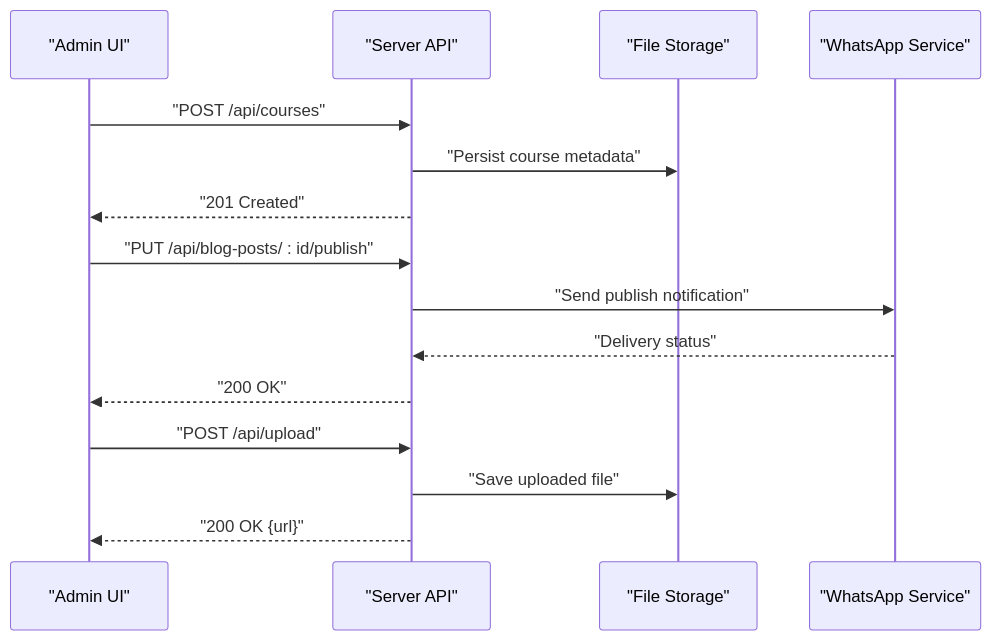
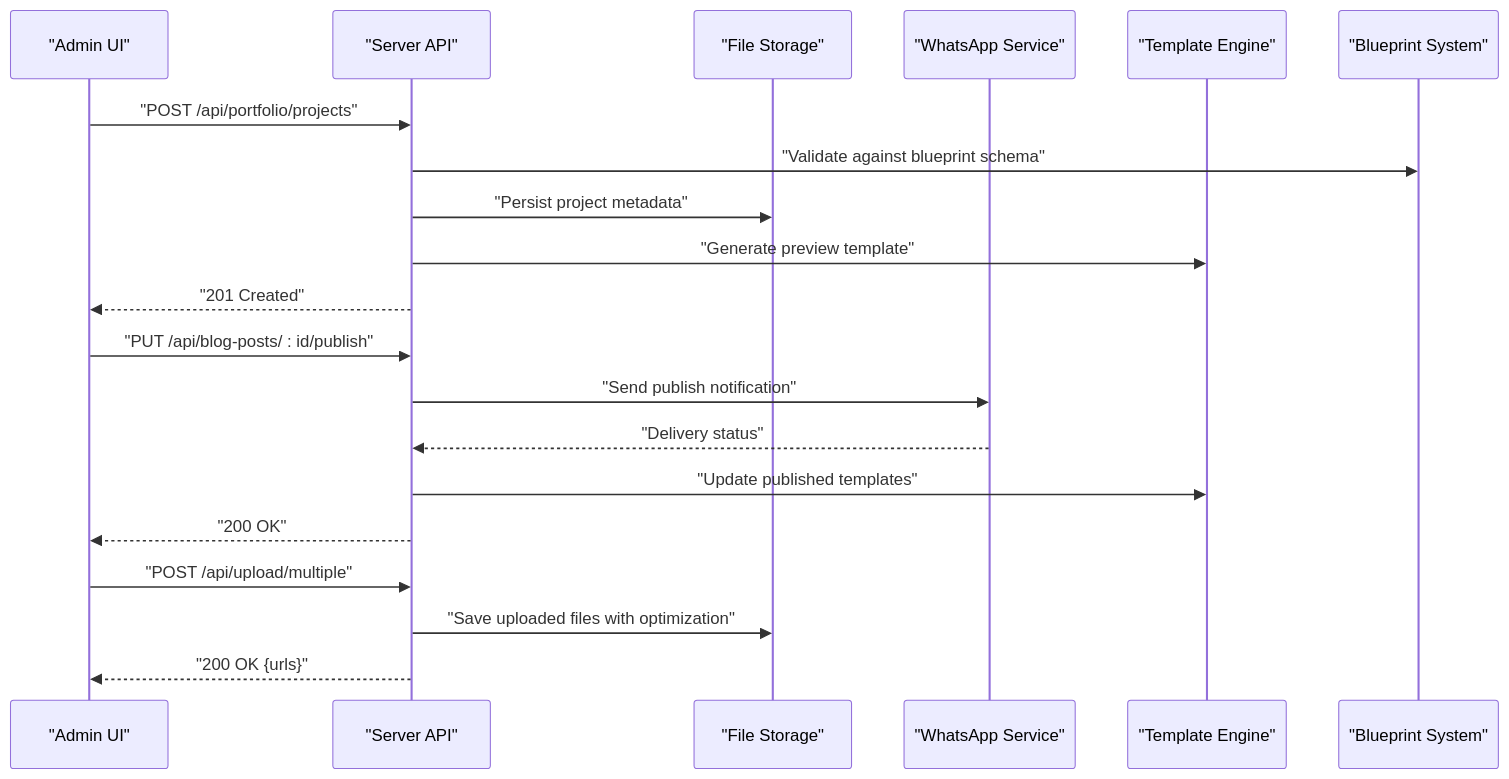
One commit to Dunstun2/GeniusMind-Home-Schooling changed the second of 3 diagrams in .qoder/repowiki/en/content/Administrative Interface/Content Management Features.md. Above: the diagram before and after it, drawn with Mermaid. The commit also changed other lines of this file and 42 other files, not shown here.

````diff
--- a/.qoder/repowiki/en/content/Administrative Interface/Content Management Features.md
+++ b/.qoder/repowiki/en/content/Administrative Interface/Content Management Features.md
@@ -118,17 +150,22 @@
 ```mermaid
 sequenceDiagram
 participant AdminUI as "Admin UI"
 participant Server as "Server API"
 participant Storage as "File Storage"
 participant Notify as "WhatsApp Service"
-AdminUI->>Server : "POST /api/courses"
-Server->>Storage : "Persist course metadata"
+participant Templates as "Template Engine"
+participant Blueprint as "Blueprint System"
+AdminUI->>Server : "POST /api/portfolio/projects"
+Server->>Blueprint : "Validate against blueprint schema"
+Server->>Storage : "Persist project metadata"
+Server->>Templates : "Generate preview template"
 Server-->>AdminUI : "201 Created"
 AdminUI->>Server : "PUT /api/blog-posts/ : id/publish"
 Server->>Notify : "Send publish notification"
 Notify-->>Server : "Delivery status"
+Server->>Templates : "Update published templates"
 Server-->>AdminUI : "200 OK"
-AdminUI->>Server : "POST /api/upload"
-Server->>Storage : "Save uploaded file"
-Server-->>AdminUI : "200 OK {url}"
+AdminUI->>Server : "POST /api/upload/multiple"
+Server->>Storage : "Save uploaded files with optimization"
+Server-->>AdminUI : "200 OK {urls}"
 ```
````
